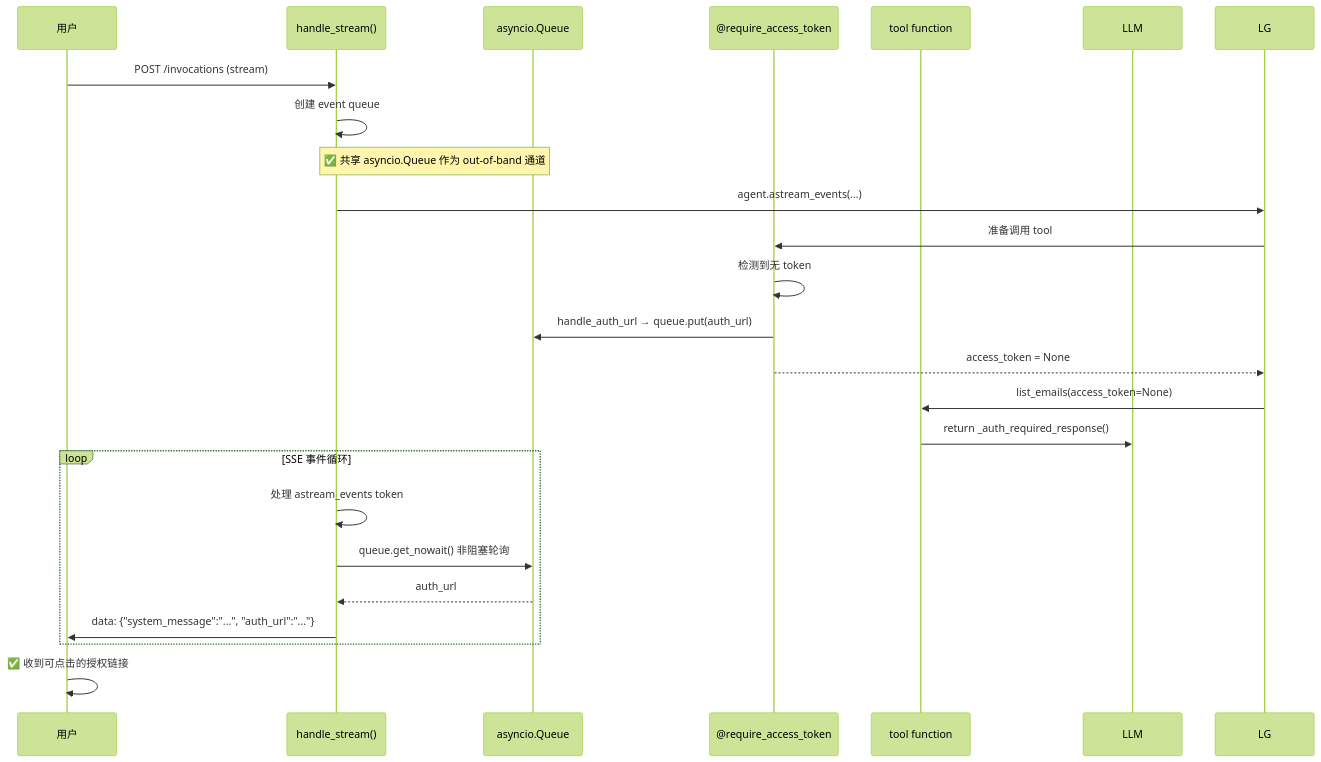
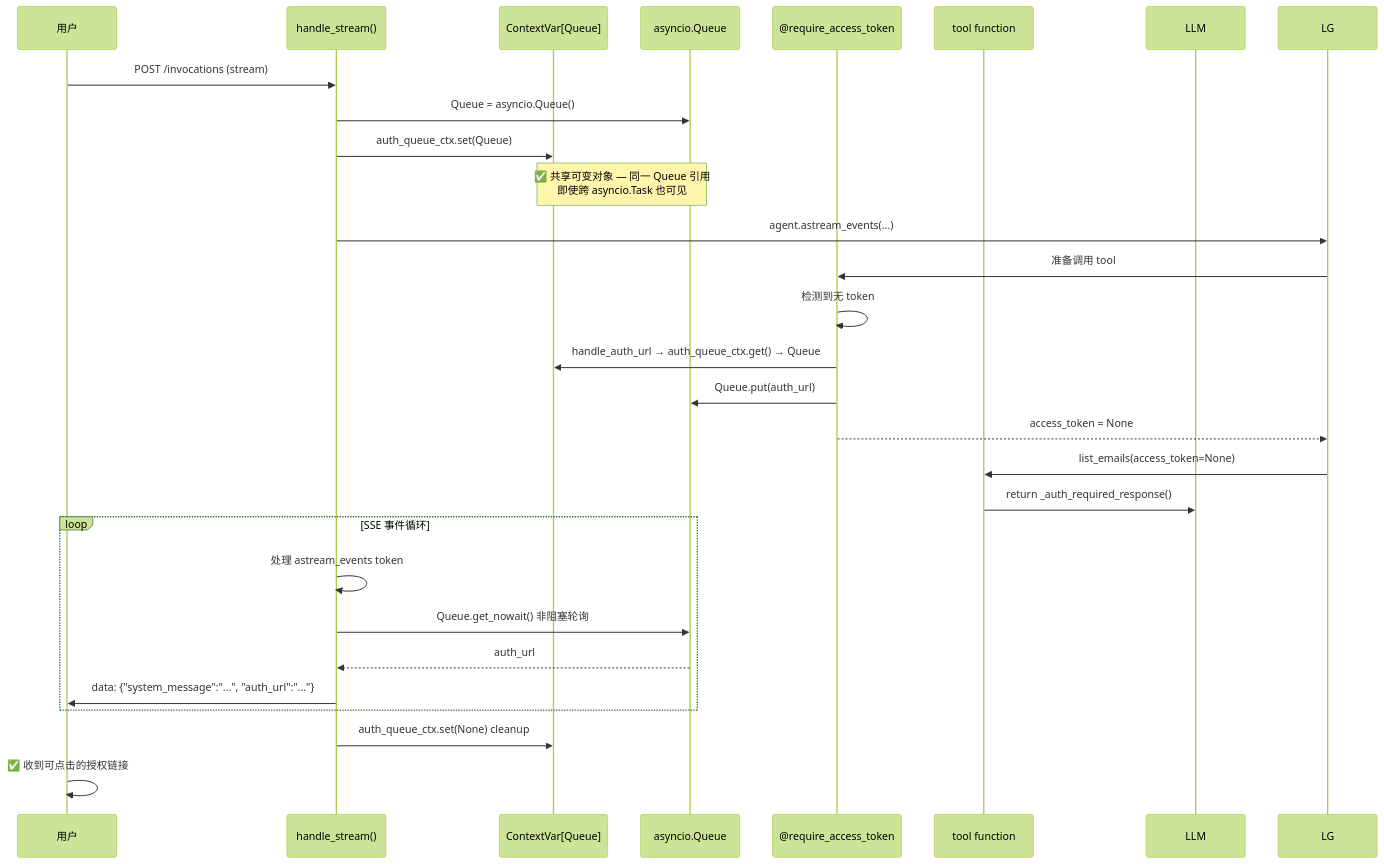
One commit to T-1009/personal-assistant changed the second of 2 diagrams in personal-assistant-meta/issues/bugs/bug-15-auth-url-custom-event-not-delivered/issue.md. Above: the diagram before and after it, drawn with Mermaid (forest theme). The commit also changed other lines of this file and 1 other file, not shown here.

First line of the commit message:
fix: deliver auth URL to SSE stream via ContextVar-backed asyncio.Queue bridge

````diff
--- a/personal-assistant-meta/issues/bugs/bug-15-auth-url-custom-event-not-delivered/issue.md
+++ b/personal-assistant-meta/issues/bugs/bug-15-auth-url-custom-event-not-delivered/issue.md
@@ -88,31 +93,35 @@
 ```mermaid
 sequenceDiagram
     participant U as 用户
     participant SSE as handle_stream()
+    participant CV as ContextVar[Queue]
     participant Q as asyncio.Queue
     participant SDK as @require_access_token
     participant Tool as tool function
     participant LLM
 
     U->>SSE: POST /invocations (stream)
-    SSE->>SSE: 创建 event queue
+    SSE->>Q: Queue = asyncio.Queue()
+    SSE->>CV: auth_queue_ctx.set(Queue)
 
-    Note over SSE,Q: ✅ 共享 asyncio.Queue 作为 out-of-band 通道
+    Note over CV,Q: ✅ 共享可变对象 — 同一 Queue 引用<br/>即使跨 asyncio.Task 也可见
 
     SSE->>LG: agent.astream_events(...)
     LG->>SDK: 准备调用 tool
     SDK->>SDK: 检测到无 token
-    SDK->>Q: handle_auth_url → queue.put(auth_url)
+    SDK->>CV: handle_auth_url → auth_queue_ctx.get() → Queue
+    SDK->>Q: Queue.put(auth_url)
     SDK-->>LG: access_token = None
     LG->>Tool: list_emails(access_token=None)
     Tool->>LLM: return _auth_required_response()
 
     loop SSE 事件循环
         SSE->>SSE: 处理 astream_events token
-        SSE->>Q: queue.get_nowait() 非阻塞轮询
+        SSE->>Q: Queue.get_nowait() 非阻塞轮询
         Q-->>SSE: auth_url
         SSE->>U: data: {"system_message":"...", "auth_url":"..."}
     end
 
+    SSE->>CV: auth_queue_ctx.set(None) cleanup
     U->>U: ✅ 收到可点击的授权链接
 ```
````
